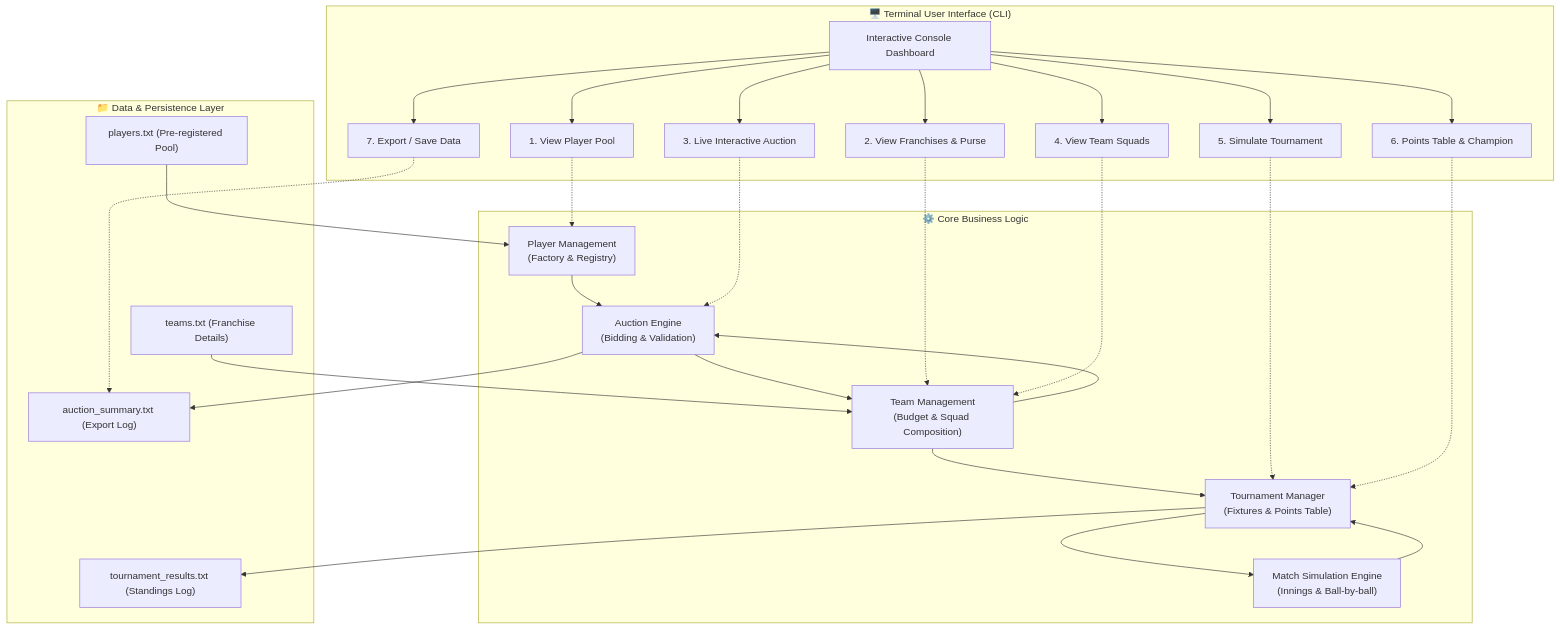
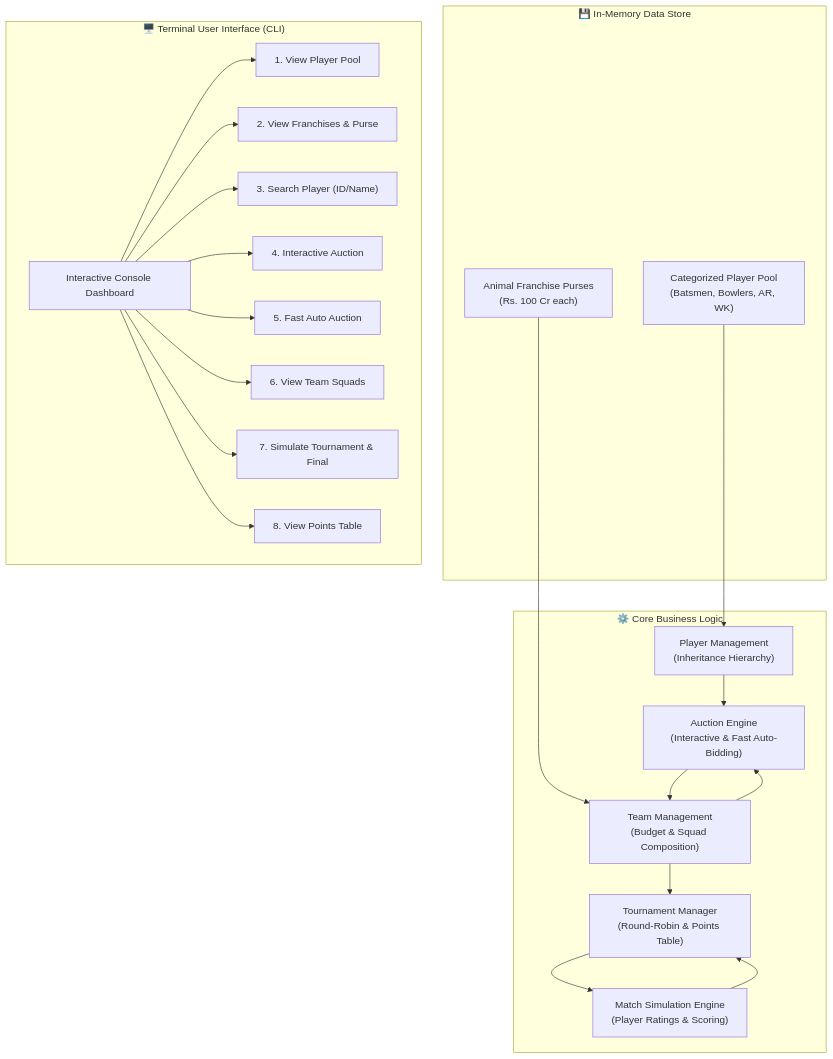
Before and after one commit to sumitmule86-netizen/IOOP-project: the first of 5 diagrams in README.md, drawn with Mermaid. The commit also changed other lines of this file and 3 other files, not shown here.

````diff
--- a/README.md
+++ b/README.md
@@ -65,55 +64,45 @@
 ```mermaid
 flowchart TD
-    subgraph Data_Layer ["📁 Data & Persistence Layer"]
-        F1["players.txt (Pre-registered Pool)"]
-        F2["teams.txt (Franchise Details)"]
-        F3["auction_summary.txt (Export Log)"]
-        F4["tournament_results.txt (Standings Log)"]
+    subgraph Data_Layer ["💾 In-Memory Data Store"]
+        F1["Categorized Player Pool<br>(Batsmen, Bowlers, AR, WK)"]
+        F2["Animal Franchise Purses<br>(Rs. 100 Cr each)"]
     end
 
     subgraph Core_Engine ["⚙️ Core Business Logic"]
-        PM["Player Management<br>(Factory & Registry)"]
+        PM["Player Management<br>(Inheritance Hierarchy)"]
         TM["Team Management<br>(Budget & Squad Composition)"]
-        AE["Auction Engine<br>(Bidding & Validation)"]
-        ME["Match Simulation Engine<br>(Innings & Ball-by-ball)"]
-        TE["Tournament Manager<br>(Fixtures & Points Table)"]
+        AE["Auction Engine<br>(Interactive & Fast Auto-Bidding)"]
+        ME["Match Simulation Engine<br>(Player Ratings & Scoring)"]
+        TE["Tournament Manager<br>(Round-Robin & Points Table)"]
     end
 
     subgraph Presentation_Layer ["🖥️ Terminal User Interface (CLI)"]
         UI["Interactive Console Dashboard"]
         Menu1["1. View Player Pool"]
         Menu2["2. View Franchises & Purse"]
-        Menu3["3. Live Interactive Auction"]
-        Menu4["4. View Team Squads"]
-        Menu5["5. Simulate Tournament"]
-        Menu6["6. Points Table & Champion"]
-        Menu7["7. Export / Save Data"]
+        Menu3["3. Search Player (ID/Name)"]
+        Menu4["4. Interactive Auction"]
+        Menu5["5. Fast Auto Auction"]
+        Menu6["6. View Team Squads"]
+        Menu7["7. Simulate Tournament & Final"]
+        Menu8["8. View Points Table"]
     end
 
     F1 --> PM
     F2 --> TM
     PM --> AE
     TM --> AE
-    AE --> F3
     AE --> TM
     TM --> TE
     TE --> ME
     ME --> TE
-    TE --> F4
 
     UI --> Menu1
     UI --> Menu2
     UI --> Menu3
     UI --> Menu4
     UI --> Menu5
     UI --> Menu6
     UI --> Menu7
-
-    Menu1 -.-> PM
-    Menu2 -.-> TM
-    Menu3 -.-> AE
-    Menu4 -.-> TM
-    Menu5 -.-> TE
-    Menu6 -.-> TE
-    Menu7 -.-> F3
+    UI --> Menu8
 ```
````
